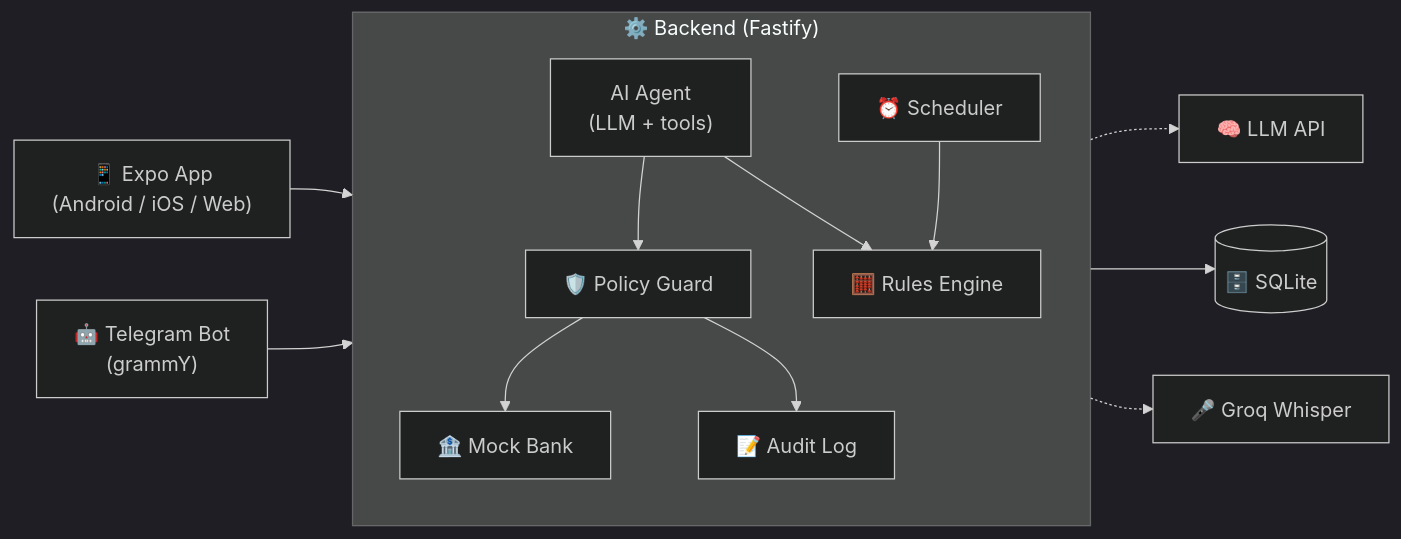
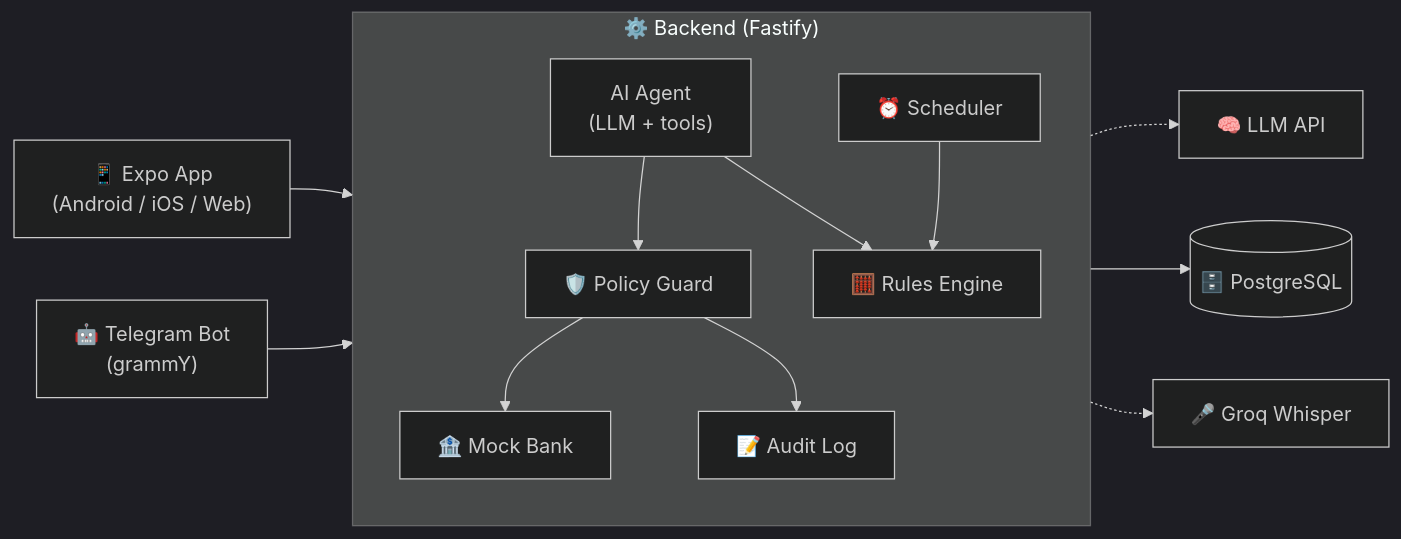
Before and after one commit to botirovdevv/shenzhen-fintech: the first of 2 diagrams in PLAN.md, drawn with Mermaid (dark theme). The commit also changed other lines of this file and 3 other files, not shown here.

````diff
--- a/PLAN.md
+++ b/PLAN.md
@@ -162,18 +162,18 @@
 ```mermaid
 flowchart LR
     A["📱 Expo App<br/>(Android / iOS / Web)"] --> API
     B["🤖 Telegram Bot<br/>(grammY)"] --> API
 
     subgraph API["⚙️ Backend (Fastify)"]
         direction TB
         AG["AI Agent<br/>(LLM + tools)"] --> PG["🛡️ Policy Guard"]
         PG --> MB["🏦 Mock Bank"]
         AG --> RE["🧮 Rules Engine"]
         PG --> AL["📝 Audit Log"]
         SC["⏰ Scheduler"] --> RE
     end
 
-    API --> DB[("🗄️ SQLite")]
+    API --> DB[("🗄️ PostgreSQL")]
     AG -.-> LLM["🧠 LLM API"]
     API -.-> STT["🎤 Groq Whisper"]
 ```
````
